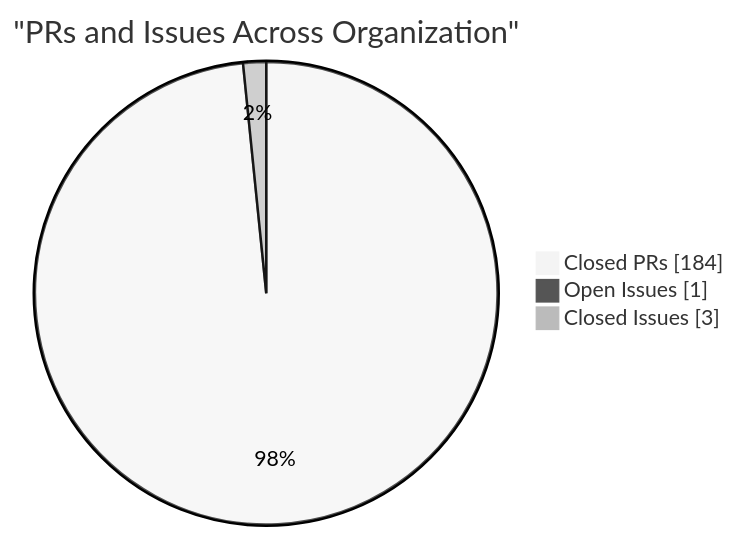
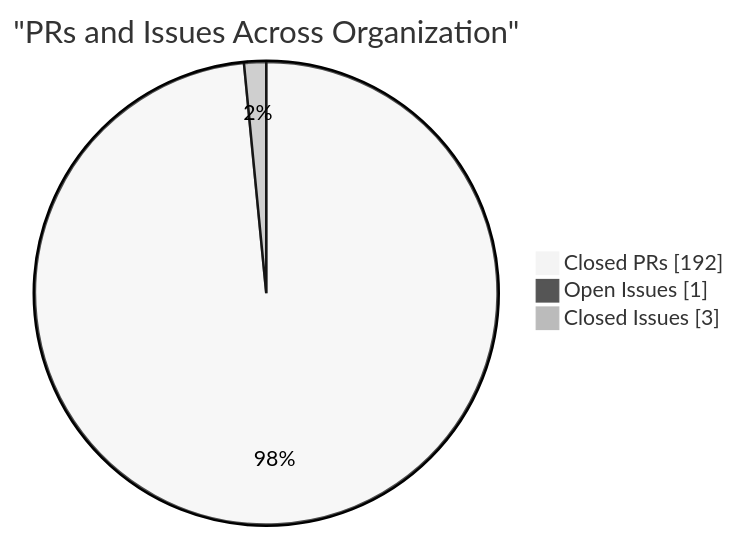
The fourth of 4 diagrams in profile/README.md (CSTH-Projects/.github), drawn with Mermaid (neutral theme) before and after one commit. The commit also changed other lines of this file, not shown here.

````diff
--- a/profile/README.md
+++ b/profile/README.md
@@ -100,7 +100,7 @@
 ```mermaid
 pie showData
     title "PRs and Issues Across Organization"
-    "Closed PRs" : 184
+    "Closed PRs" : 192
     "Open Issues" : 1
     "Closed Issues" : 3
 ```
````
